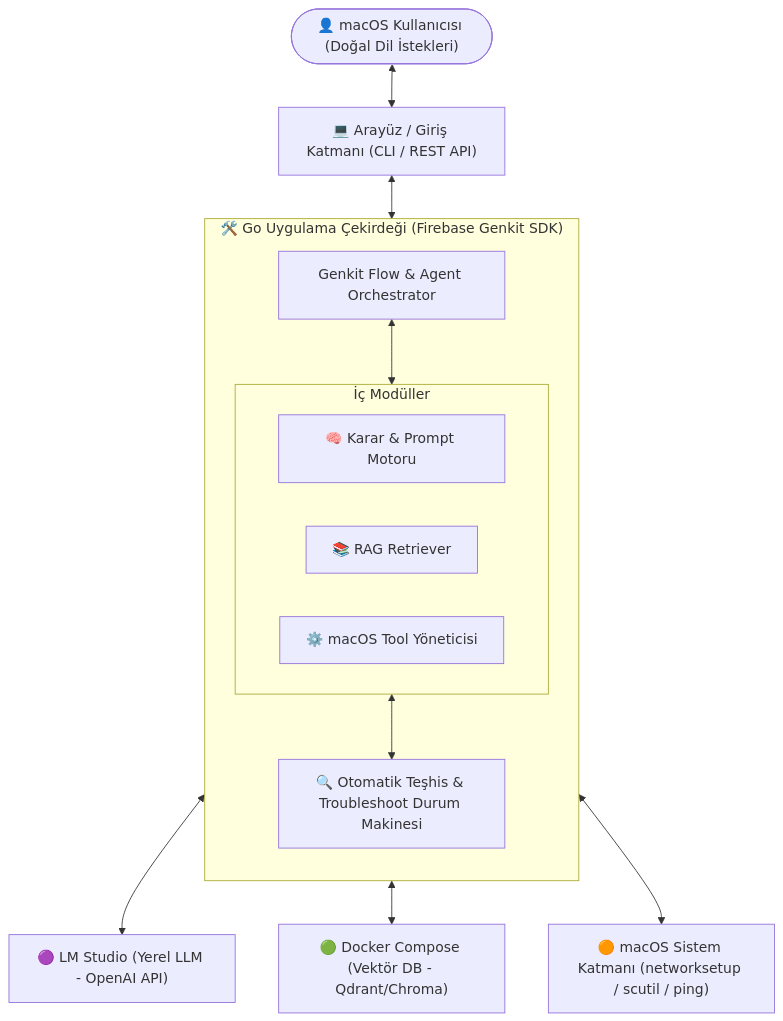
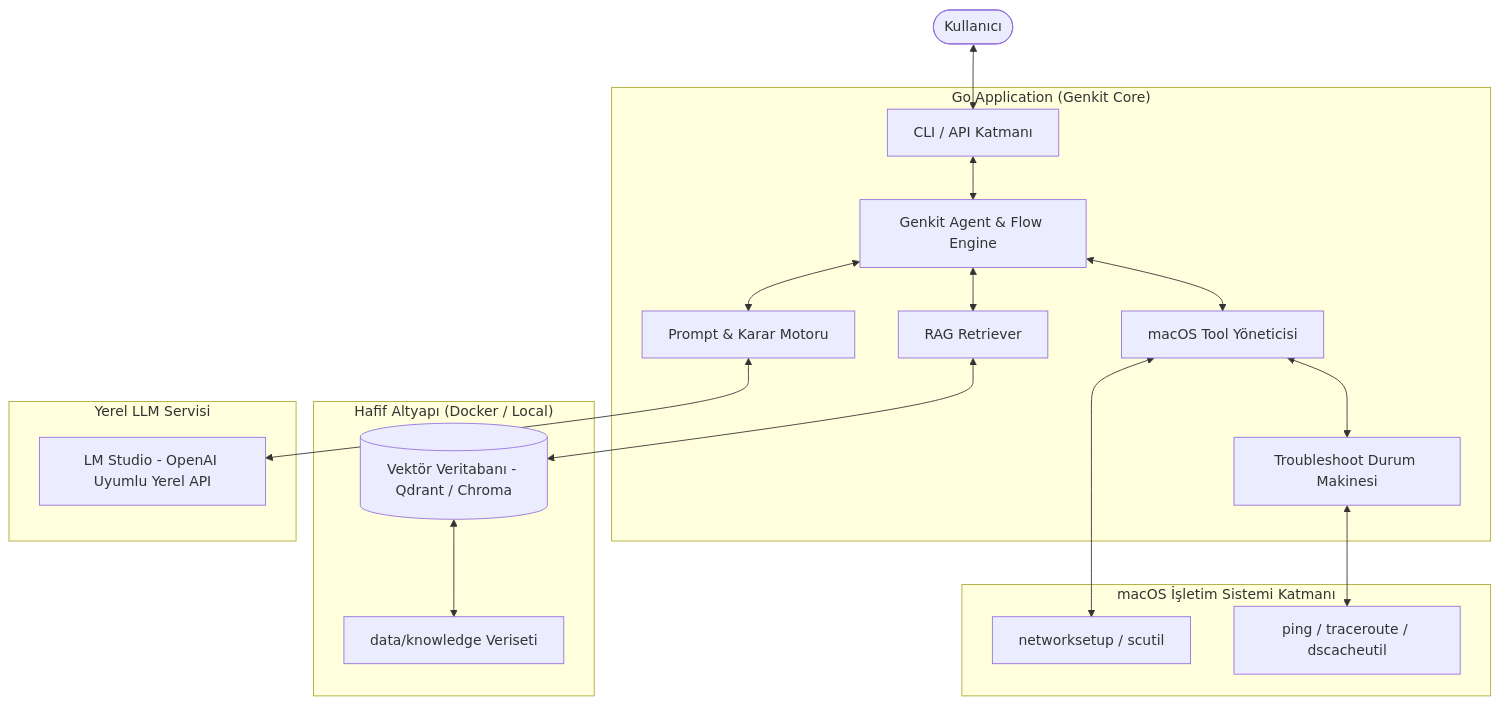
The diagram in chatbot-mimari.md (SametKula/staj-projesi), drawn with Mermaid before and after one commit. The commit also changed 4 other files, not shown here.

Commit message:
docs: generate exact Mermaid render image at high resolution

````diff
--- a/chatbot-mimari.md
+++ b/chatbot-mimari.md
@@ -26,27 +26,26 @@
 ```mermaid
-flowchart TD
-    User(["👤 macOS Kullanıcısı (Doğal Dil İstekleri)"]) <--> Interface["💻 Arayüz / Giriş Katmanı (CLI / REST API)"]
+graph TD
+    User([Kullanıcı]) <--> Interface[CLI / API Katmanı]
     
-    Interface <--> Core
-
-    subgraph Core ["🛠️ Go Uygulama Çekirdeği (Firebase Genkit SDK)"]
-        direction TB
-        GenkitAgent["Genkit Flow & Agent Orchestrator"]
-        
-        subgraph CoreModules ["İç Modüller"]
-            direction LR
-            Decision["🧠 Karar & Prompt Motoru"]
-            RAG["📚 RAG Retriever"]
-            ToolMgr["⚙️ macOS Tool Yöneticisi"]
-        end
-        
-        Diagnostics["🔍 Otomatik Teşhis & Troubleshoot Durum Makinesi"]
-        
-        GenkitAgent <--> CoreModules
-        ToolMgr <--> Diagnostics
+    subgraph Core ["Go Application (Genkit Core)"]
+        Interface <--> GenkitFlow[Genkit Agent & Flow Engine]
+        GenkitFlow <--> PromptEngine[Prompt & Karar Motoru]
+        GenkitFlow <--> Retriever[RAG Retriever]
+        GenkitFlow <--> ToolManager[macOS Tool Yöneticisi]
+        ToolManager <--> TroubleshootFSM[Troubleshoot Durum Makinesi]
     end
 
-    Decision <--> LLM["🟣 LM Studio (Yerel LLM - OpenAI API)"]
-    RAG <--> Storage["🟢 Docker Compose (Vektör DB - Qdrant/Chroma)"]
-    ToolMgr <--> OS["🟠 macOS Sistem Katmanı (networksetup / scutil / ping)"]
+    subgraph Storage ["Hafif Altyapı (Docker / Local)"]
+        Retriever <--> VectorDB[(Vektör Veritabanı - Qdrant / Chroma)]
+        VectorDB <--> KnowledgeBase[data/knowledge Veriseti]
+    end
+
+    subgraph LLM ["Yerel LLM Servisi"]
+        PromptEngine <--> LMStudio[LM Studio - OpenAI Uyumlu Yerel API]
+    end
+
+    subgraph OS ["macOS İşletim Sistemi Katmanı"]
+        ToolManager <--> NetworksetupCLI[networksetup / scutil]
+        TroubleshootFSM <--> PingRouteCLI[ping / traceroute / dscacheutil]
+    end
 ```
````
